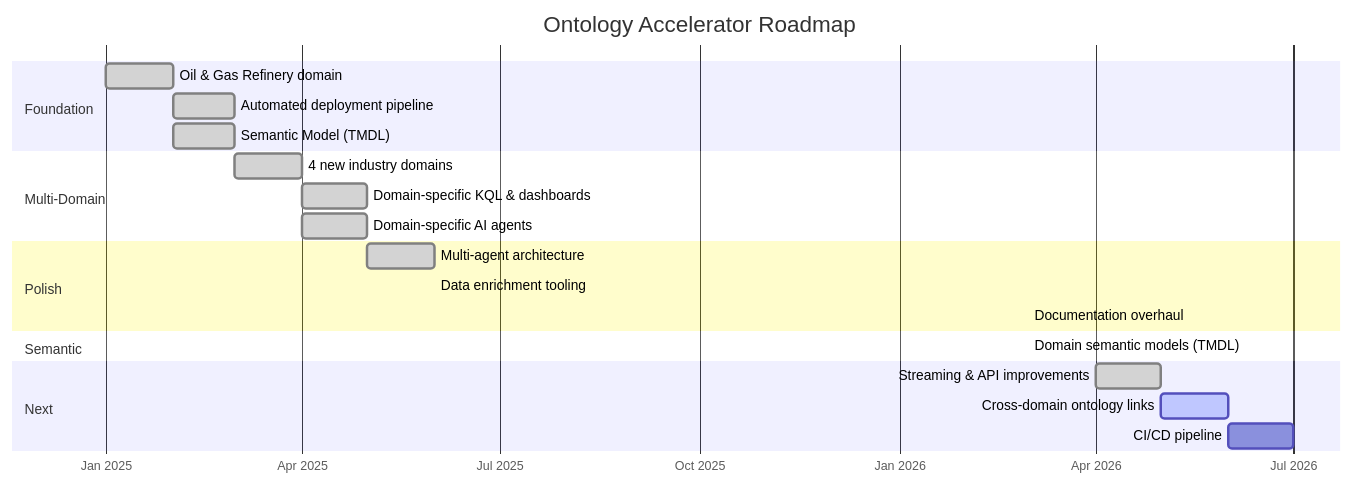
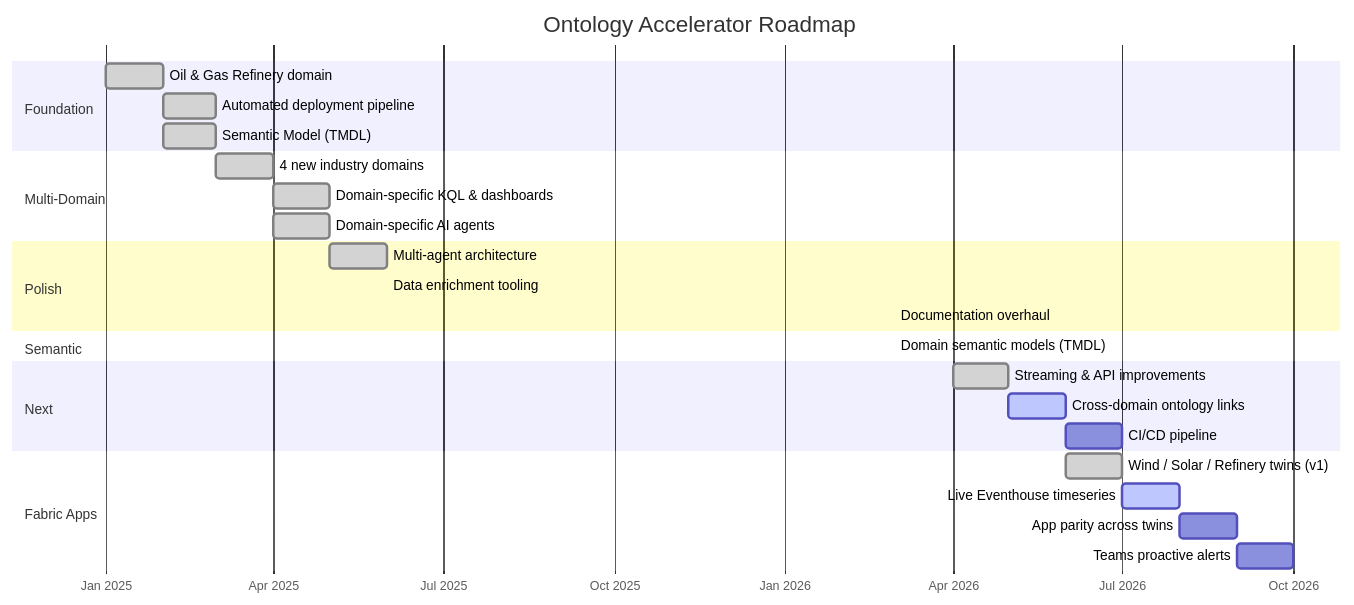
One commit to cyphou/Ontology-RTI changed the diagram in DEVELOPMENT_PLAN.md. Above: the diagram before and after it, drawn with Mermaid. The commit also changed other lines of this file and 6 other files, not shown here.

Commit message:
docs: surface Fabric Apps in AGENTS/SETUP guides, cross-link app READMEs, add Sprint 11 apps roadmap

````diff
--- a/DEVELOPMENT_PLAN.md
+++ b/DEVELOPMENT_PLAN.md
@@ -20,29 +20,35 @@
 ```mermaid
 gantt
     title Ontology Accelerator Roadmap
     dateFormat YYYY-MM
     axisFormat %b %Y
 
     section Foundation
     Oil & Gas Refinery domain           :done, s1, 2025-01, 2025-02
     Automated deployment pipeline       :done, s2, 2025-02, 2025-03
     Semantic Model (TMDL)               :done, s3, 2025-02, 2025-03
 
     section Multi-Domain
     4 new industry domains              :done, s4, 2025-03, 2025-04
     Domain-specific KQL & dashboards    :done, s5, 2025-04, 2025-05
     Domain-specific AI agents           :done, s6, 2025-04, 2025-05
 
     section Polish
     Multi-agent architecture            :done, s7, 2025-05, 2025-06
     Data enrichment tooling             :done, s8, 2025-06, 2025-06
     Documentation overhaul              :done, s9, 2026-03, 2026-03
 
     section Semantic
     Domain semantic models (TMDL)       :done, s10, 2026-03, 2026-03
 
     section Next
     Streaming & API improvements        :done, s11, 2026-04, 2026-05
     Cross-domain ontology links         :active, s12, 2026-05, 2026-06
     CI/CD pipeline                      :s13, 2026-06, 2026-07
+
+    section Fabric Apps
+    Wind / Solar / Refinery twins (v1)  :done, a1, 2026-06, 2026-07
+    Live Eventhouse timeseries          :active, a2, 2026-07, 2026-08
+    App parity across twins             :a3, 2026-08, 2026-09
+    Teams proactive alerts              :a4, 2026-09, 2026-10
 ```
````
